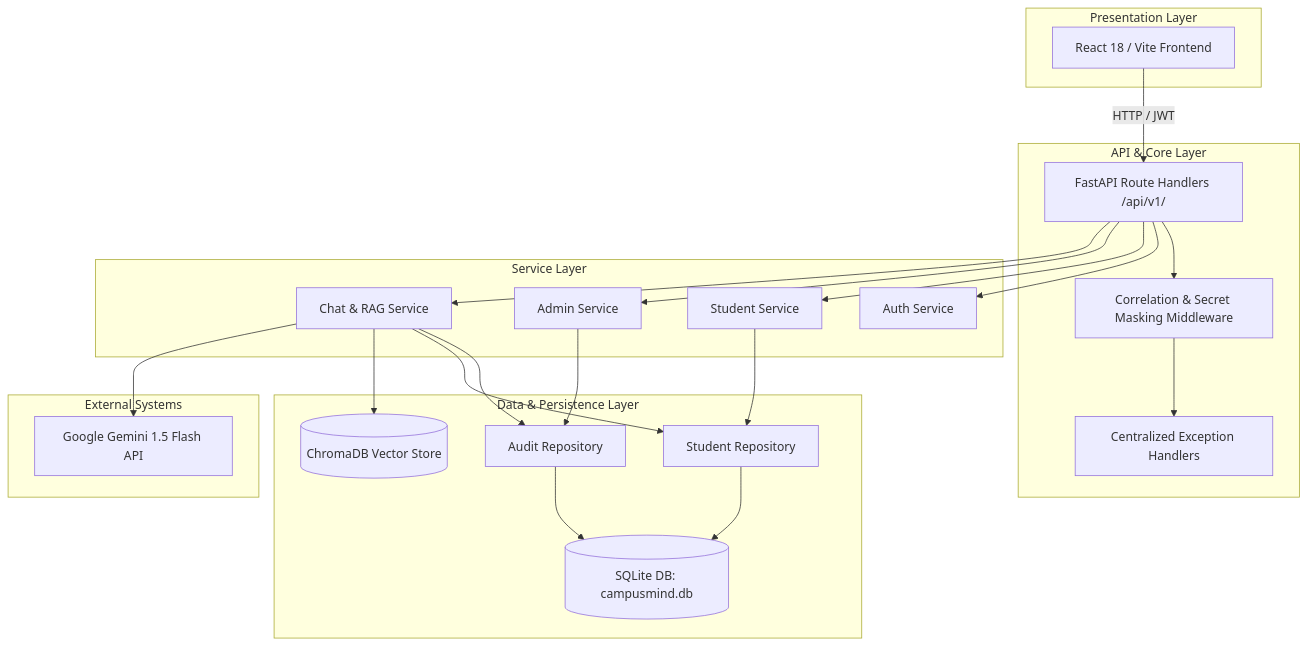
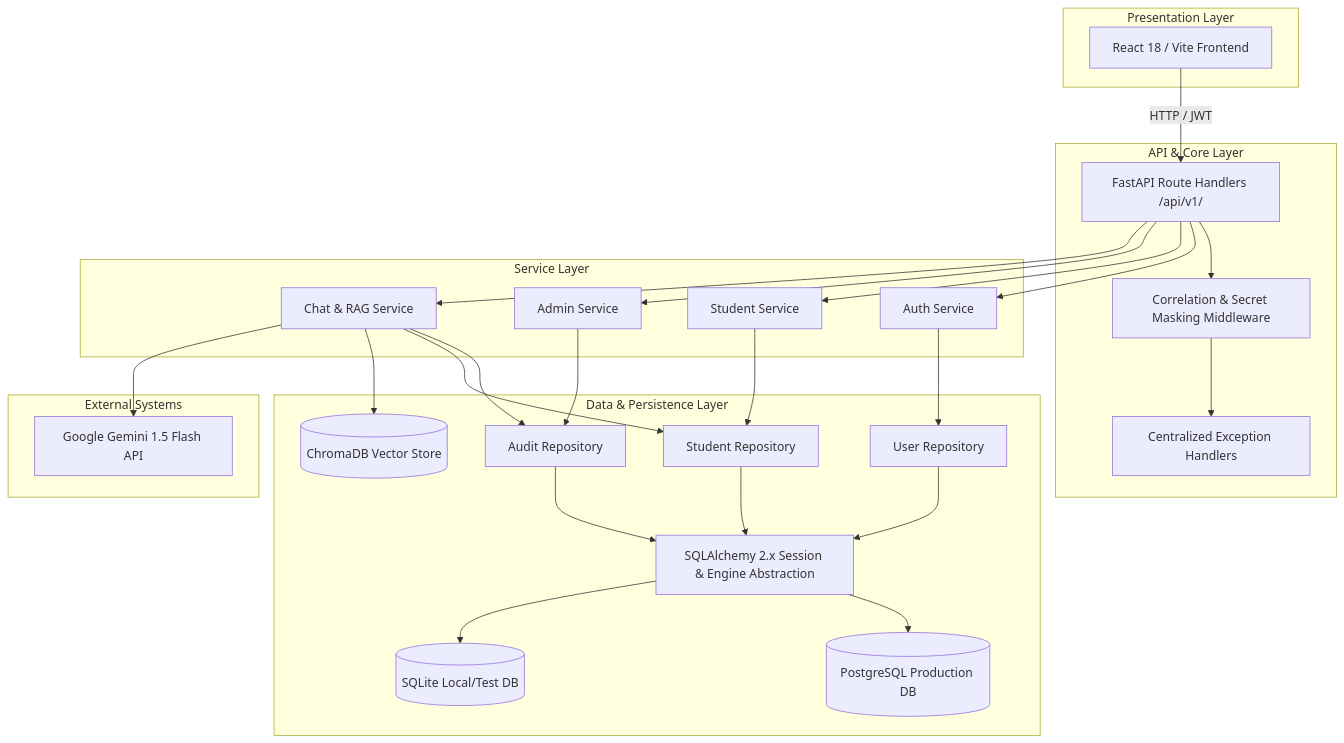
The diagram in docs/architecture.md (Sandxx999/CampusMIND), drawn with Mermaid before and after one commit. The commit also changed 22 other files, not shown here.

Commit message:
Build Phase 2 production data and identity architecture

````diff
--- a/docs/architecture.md
+++ b/docs/architecture.md
@@ -7,48 +7,55 @@
 ```mermaid
 graph TD
     subgraph Presentation Layer
         UI[React 18 / Vite Frontend]
     end
 
     subgraph API & Core Layer
         Router[FastAPI Route Handlers /api/v1/]
         Middleware[Correlation & Secret Masking Middleware]
         ErrorHandler[Centralized Exception Handlers]
     end
 
     subgraph Service Layer
         AuthSvc[Auth Service]
         StudentSvc[Student Service]
         AdminSvc[Admin Service]
         ChatSvc[Chat & RAG Service]
     end
 
     subgraph Data & Persistence Layer
+        UserRepo[User Repository]
         StudentRepo[Student Repository]
         AuditRepo[Audit Repository]
-        SQLite[(SQLite DB: campusmind.db)]
+        SQLAlchemy[SQLAlchemy 2.x Session & Engine Abstraction]
+        PostgreSQL[(PostgreSQL Production DB)]
+        SQLite[(SQLite Local/Test DB)]
         Chroma[(ChromaDB Vector Store)]
     end
 
     subgraph External Systems
         Gemini[Google Gemini 1.5 Flash API]
     end
 
     UI -->|HTTP / JWT| Router
     Router --> Middleware
     Middleware --> ErrorHandler
     Router --> AuthSvc
     Router --> StudentSvc
     Router --> AdminSvc
     Router --> ChatSvc
 
+    AuthSvc --> UserRepo
     StudentSvc --> StudentRepo
     AdminSvc --> AuditRepo
     ChatSvc --> AuditRepo
     ChatSvc --> StudentRepo
 
-    StudentRepo --> SQLite
-    AuditRepo --> SQLite
+    UserRepo --> SQLAlchemy
+    StudentRepo --> SQLAlchemy
+    AuditRepo --> SQLAlchemy
+    SQLAlchemy --> PostgreSQL
+    SQLAlchemy --> SQLite
     ChatSvc --> Chroma
     ChatSvc --> Gemini
 ```
````
